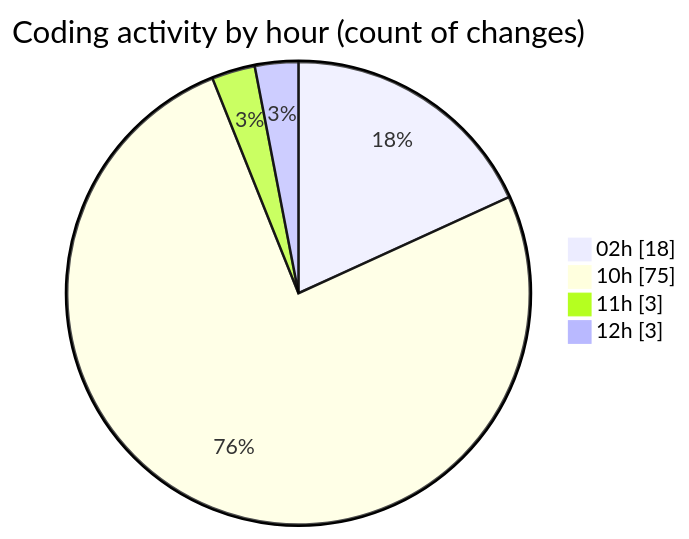
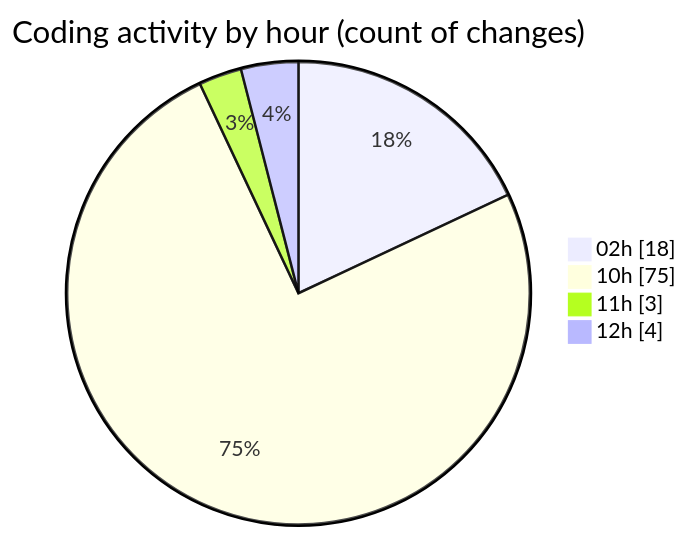
The second of 2 diagrams in 2026-07-08/twenty_versions_aminor/README.md (shibass792/code-tracking), drawn with Mermaid before and after one commit. The commit also changed other lines of this file and 1 other file, not shown here.

````diff
--- a/2026-07-08/twenty_versions_aminor/README.md
+++ b/2026-07-08/twenty_versions_aminor/README.md
@@ -33,8 +33,8 @@
 ```mermaid
 pie showData
 title Coding activity by hour (count of changes)
 "02h" : 18
 "10h" : 75
 "11h" : 3
-"12h" : 3
+"12h" : 4
 ```
````
